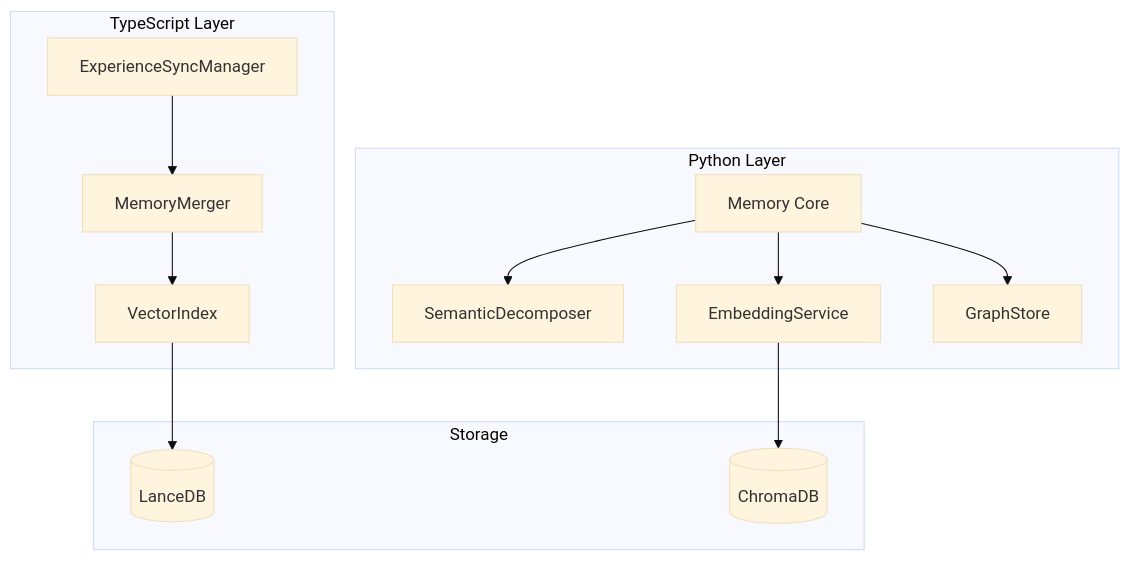
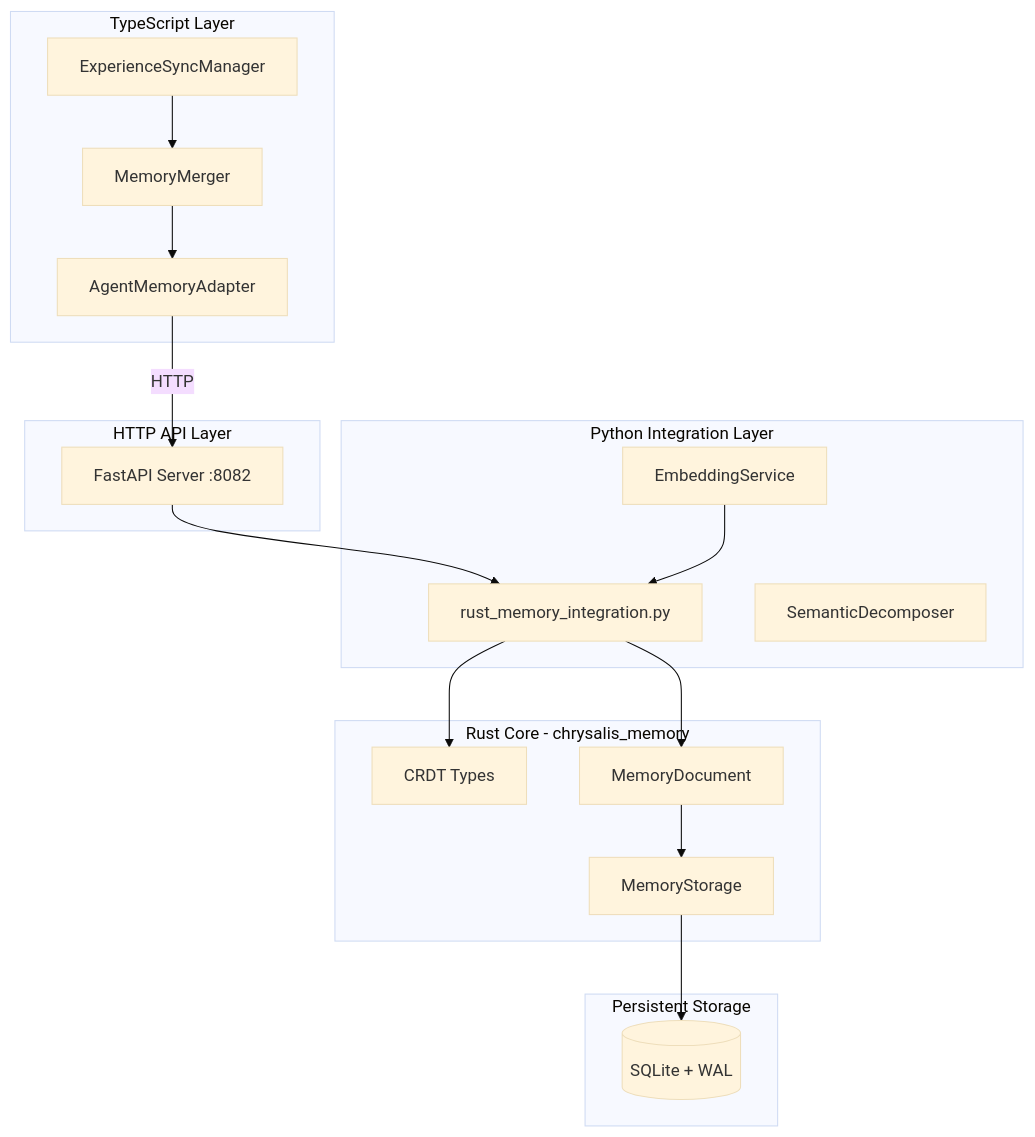
The first of 7 diagrams in docs/architecture/memory-system.md (Replicant-Partners/Chrysalis), drawn with Mermaid (base theme) before and after one commit. The commit also changed other lines of this file and 429 other files, not shown here.

First line of the commit message:
Major refactoring: Restructure codebase and add new architectural components

````diff
--- a/docs/architecture/memory-system.md
+++ b/docs/architecture/memory-system.md
@@ -14,29 +28,40 @@
 ```mermaid
 flowchart TB
     subgraph TypeScript[TypeScript Layer]
+        AMA[AgentMemoryAdapter]
         MM[MemoryMerger]
-        VI[VectorIndex]
         ESM[ExperienceSyncManager]
     end
-    
-    subgraph Python[Python Layer]
-        MC[Memory Core]
+
+    subgraph HTTP[HTTP API Layer]
+        API[FastAPI Server :8082]
+    end
+
+    subgraph Python[Python Integration Layer]
+        RMI[rust_memory_integration.py]
+        ES[EmbeddingService]
         SD[SemanticDecomposer]
-        ES[EmbeddingService]
-        GS[GraphStore]
     end
-    
-    subgraph Storage[Storage]
-        Lance[(LanceDB)]
-        Chroma[(ChromaDB)]
+
+    subgraph Rust[Rust Core - chrysalis_memory]
+        CRDT[CRDT Types]
+        MD[MemoryDocument]
+        MS[MemoryStorage]
     end
-    
+
+    subgraph Storage[Persistent Storage]
+        SQLite[(SQLite + WAL)]
+    end
+
+    AMA -->|HTTP| API
+    API --> RMI
+    RMI --> CRDT
+    RMI --> MD
+    MD --> MS
+    MS --> SQLite
+
     ESM --> MM
-    MM --> VI
-    VI --> Lance
-    
-    MC --> SD
-    MC --> ES
-    MC --> GS
-    ES --> Chroma
+    MM --> AMA
+
+    ES --> RMI
 ```
````
